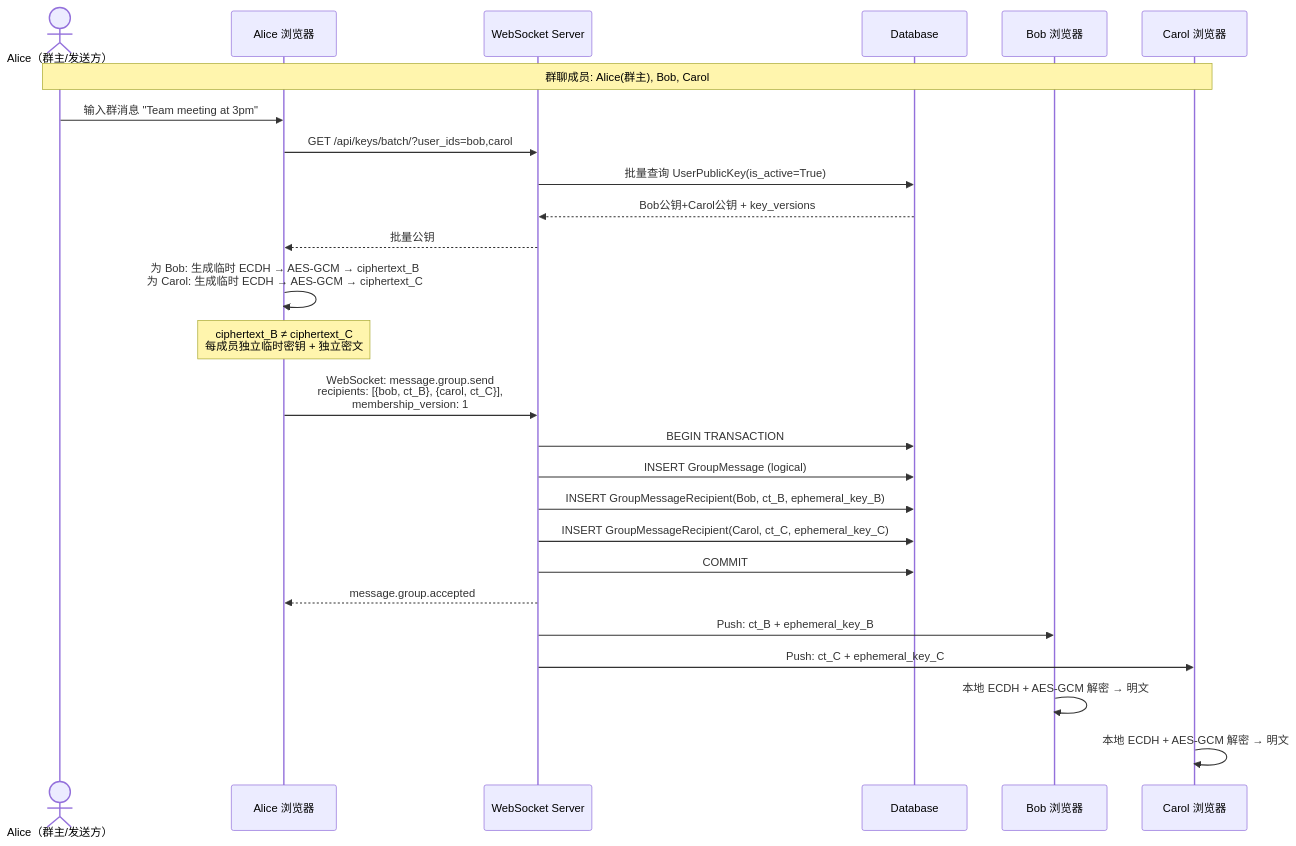
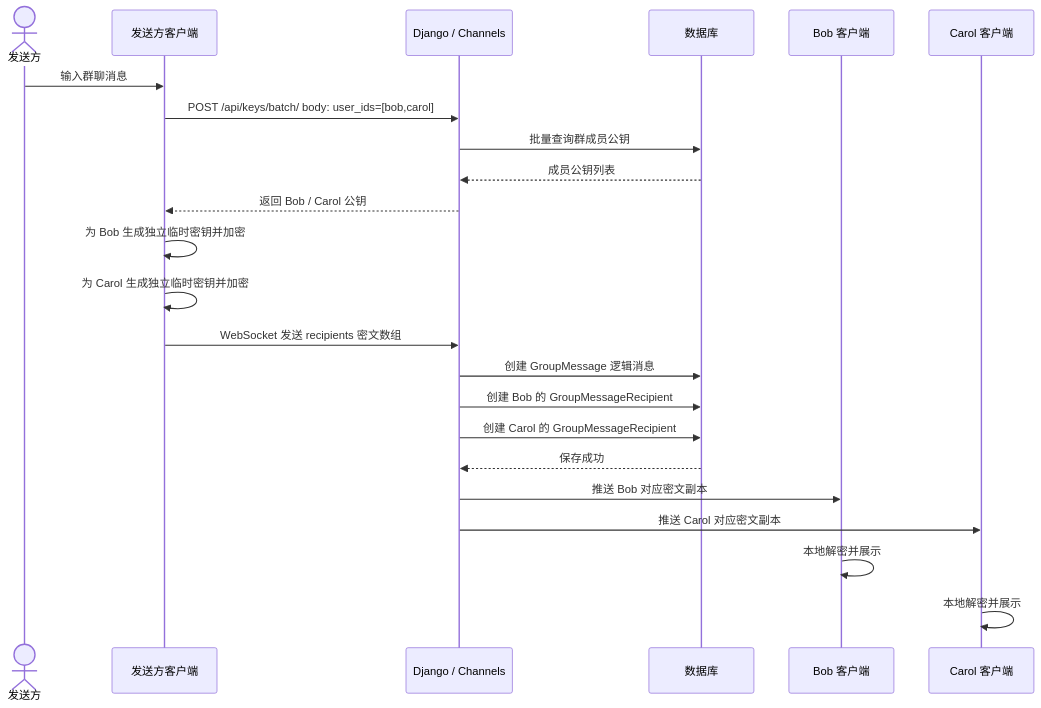
Before and after one commit to HeanX/iChat_Pro: the fifth of 10 diagrams in docs/iChat Pro UML 与架构图交付文档.md, drawn with Mermaid. The commit also changed other lines of this file and 22 other files, not shown here.

````diff
--- a/docs/iChat Pro UML 与架构图交付文档.md
+++ b/docs/iChat Pro UML 与架构图交付文档.md
@@ -347,34 +303,29 @@
 ```mermaid
 sequenceDiagram
-    actor S as Alice（群主/发送方）
-    participant SC as Alice 浏览器
-    participant WS as WebSocket Server
-    participant DB as Database
-    participant RC1 as Bob 浏览器
-    participant RC2 as Carol 浏览器
+    actor S as 发送方
+    participant SC as 发送方客户端
+    participant BE as Django / Channels
+    participant DB as 数据库
+    participant BOB as Bob 客户端
+    participant CAROL as Carol 客户端
 
-    Note over S,RC2: 群聊成员: Alice(群主), Bob, Carol
+    S->>SC: 输入群聊消息
+    SC->>BE: POST /api/keys/batch/ body: user_ids=[bob,carol]
+    BE->>DB: 批量查询群成员公钥
+    DB-->>BE: 成员公钥列表
+    BE-->>SC: 返回 Bob / Carol 公钥
 
-    S->>SC: 输入群消息 "Team meeting at 3pm"
-    SC->>WS: GET /api/keys/batch/?user_ids=bob,carol
-    WS->>DB: 批量查询 UserPublicKey(is_active=True)
-    DB-->>WS: Bob公钥+Carol公钥 + key_versions
-    WS-->>SC: 批量公钥
+    SC->>SC: 为 Bob 生成独立临时密钥并加密
+    SC->>SC: 为 Carol 生成独立临时密钥并加密
+    SC->>BE: WebSocket 发送 recipients 密文数组
 
-    SC->>SC: 为 Bob: 生成临时 ECDH → AES-GCM → ciphertext_B<br/>为 Carol: 生成临时 ECDH → AES-GCM → ciphertext_C
-    Note over SC: ciphertext_B ≠ ciphertext_C<br/>每成员独立临时密钥 + 独立密文
+    BE->>DB: 创建 GroupMessage 逻辑消息
+    BE->>DB: 创建 Bob 的 GroupMessageRecipient
+    BE->>DB: 创建 Carol 的 GroupMessageRecipient
+    DB-->>BE: 保存成功
 
-    SC->>WS: WebSocket: message.group.send<br/>recipients: [{bob, ct_B}, {carol, ct_C}],<br/>membership_version: 1
-
-    WS->>DB: BEGIN TRANSACTION
-    WS->>DB: INSERT GroupMessage (logical)
-    WS->>DB: INSERT GroupMessageRecipient(Bob, ct_B, ephemeral_key_B)
-    WS->>DB: INSERT GroupMessageRecipient(Carol, ct_C, ephemeral_key_C)
-    WS->>DB: COMMIT
-    WS-->>SC: message.group.accepted
-
-    WS->>RC1: Push: ct_B + ephemeral_key_B
-    WS->>RC2: Push: ct_C + ephemeral_key_C
-    RC1->>RC1: 本地 ECDH + AES-GCM 解密 → 明文
-    RC2->>RC2: 本地 ECDH + AES-GCM 解密 → 明文
+    BE->>BOB: 推送 Bob 对应密文副本
+    BE->>CAROL: 推送 Carol 对应密文副本
+    BOB->>BOB: 本地解密并展示
+    CAROL->>CAROL: 本地解密并展示
 ```
````
